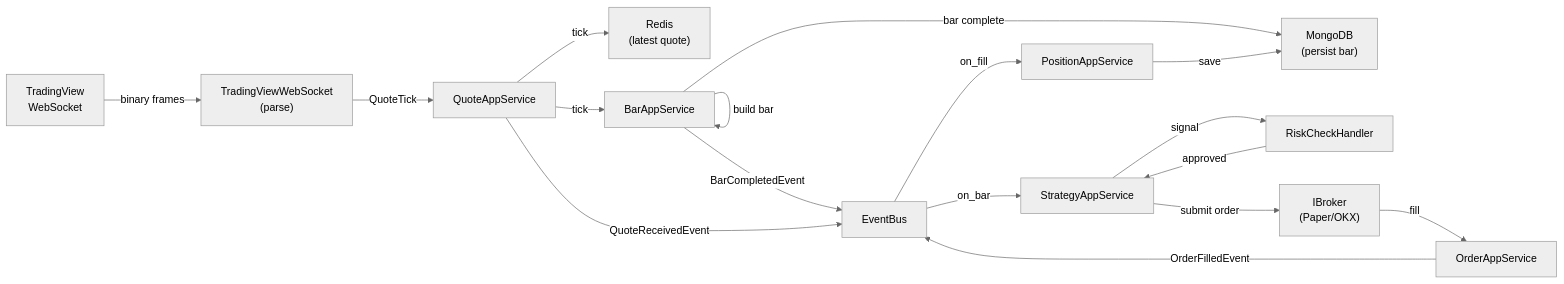
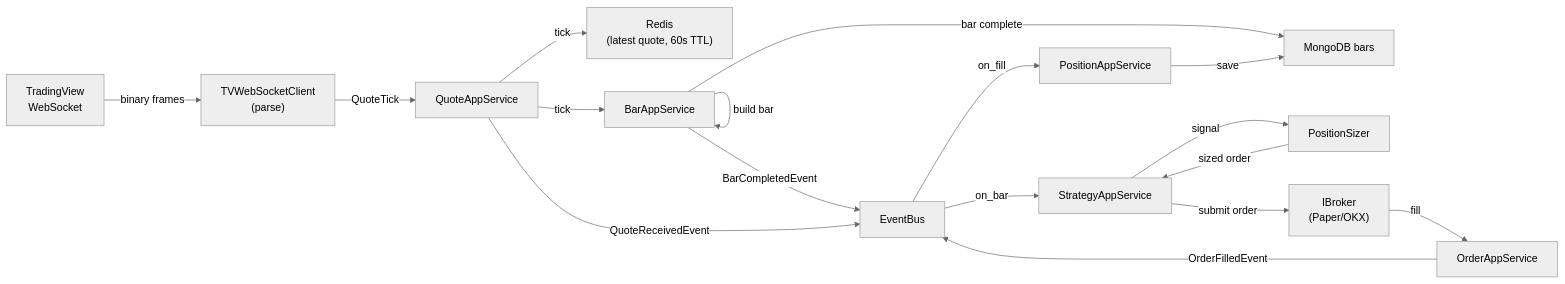
Before and after one commit to camping89/pocketquant: the fourth of 4 diagrams in docs/architecture-visual-map.md, drawn with Mermaid (neutral theme). The commit also changed other lines of this file and 214 other files, not shown here.

````diff
--- a/docs/architecture-visual-map.md
+++ b/docs/architecture-visual-map.md
@@ -178,19 +269,19 @@
 ```mermaid
 flowchart LR
-    TV["TradingView<br/>WebSocket"] -->|binary frames| TVWS["TradingViewWebSocket<br/>(parse)"]
+    TV["TradingView<br/>WebSocket"] -->|binary frames| TVWS["TVWebSocketClient<br/>(parse)"]
     TVWS -->|QuoteTick| QS["QuoteAppService"]
-    QS -->|tick| Redis["Redis<br/>(latest quote)"]
+    QS -->|tick| Redis["Redis<br/>(latest quote, 60s TTL)"]
     QS -->|tick| BM["BarAppService"]
     BM -->|build bar| BM
-    BM -->|bar complete| Mongo["MongoDB<br/>(persist bar)"]
+    BM -->|bar complete| Mongo["MongoDB bars"]
     BM -->|BarCompletedEvent| EB["EventBus"]
     QS -->|QuoteReceivedEvent| EB
     EB -->|on_bar| SE["StrategyAppService"]
-    SE -->|signal| Risk["RiskCheckHandler"]
-    Risk -->|approved| SE
+    SE -->|signal| Risk["PositionSizer"]
+    Risk -->|sized order| SE
     SE -->|submit order| Broker["IBroker<br/>(Paper/OKX)"]
     Broker -->|fill| OM["OrderAppService"]
     OM -->|OrderFilledEvent| EB
     EB -->|on_fill| PT["PositionAppService"]
     PT -->|save| Mongo
 ```
````
